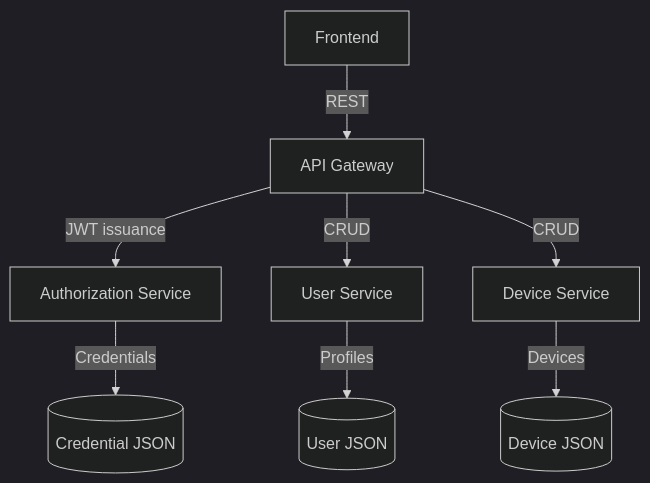
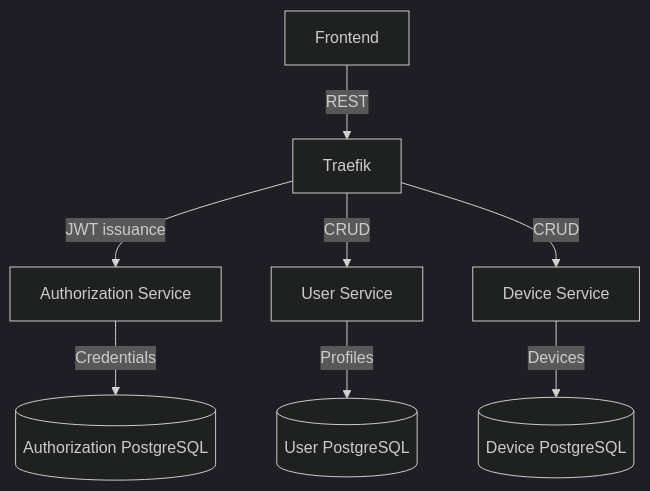
Before and after one commit to razvanrsx/test: the diagram in docs/architecture.md, drawn with Mermaid (dark theme). The commit also changed other lines of this file and 41 other files, not shown here.

Commit message:
Switch to Traefik and PostgreSQL-backed services

````diff
--- a/docs/architecture.md
+++ b/docs/architecture.md
@@ -5,11 +5,11 @@
 ```mermaid
 flowchart TD
     FE[Frontend]
-    FE -->|REST| GW[API Gateway]
-    GW -->|JWT issuance| AUTH[Authorization Service]
-    GW -->|CRUD| USER[User Service]
-    GW -->|CRUD| DEVICE[Device Service]
-    AUTH -->|Credentials| CredStore[(Credential JSON)]
-    USER -->|Profiles| UserStore[(User JSON)]
-    DEVICE -->|Devices| DeviceStore[(Device JSON)]
+    FE -->|REST| TR[Traefik]
+    TR -->|JWT issuance| AUTH[Authorization Service]
+    TR -->|CRUD| USER[User Service]
+    TR -->|CRUD| DEVICE[Device Service]
+    AUTH -->|Credentials| CredStore[(Authorization PostgreSQL)]
+    USER -->|Profiles| UserStore[(User PostgreSQL)]
+    DEVICE -->|Devices| DeviceStore[(Device PostgreSQL)]
 ```
````
